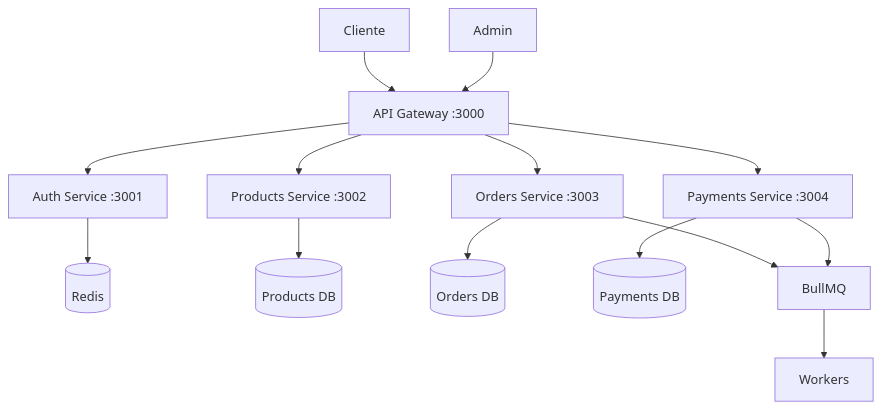
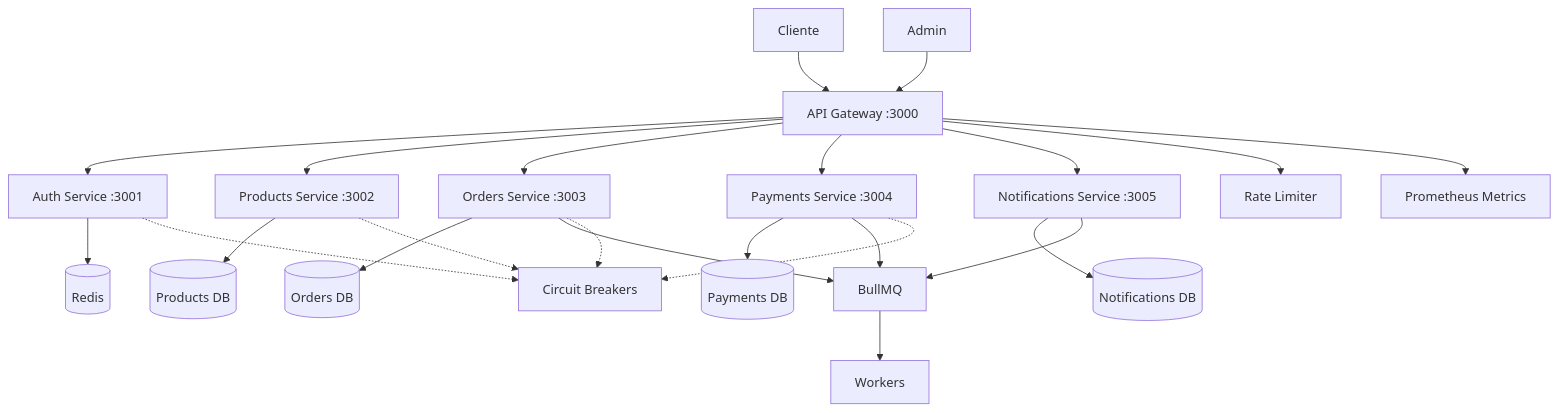
One commit to floxcristian/ecommerce-guidelines changed the first of 2 diagrams in docs/backend/README.md. Above: the diagram before and after it, drawn with Mermaid. The commit also changed other lines of this file and 9 other files, not shown here.

Commit message:
feat(docker): Revamp local development setup with comprehensive Docker Compose configuration, including Traefik for SSL, observability tools, and enhanced service architecture

````diff
--- a/docs/backend/README.md
+++ b/docs/backend/README.md
@@ -36,19 +36,30 @@
 ```mermaid
 graph TB
     CLIENT[Cliente] --> GATEWAY[API Gateway :3000]
     ADMIN[Admin] --> GATEWAY
 
     GATEWAY --> AUTH[Auth Service :3001]
     GATEWAY --> PRODUCTS[Products Service :3002]
     GATEWAY --> ORDERS[Orders Service :3003]
     GATEWAY --> PAYMENTS[Payments Service :3004]
+    GATEWAY --> NOTIFICATIONS[Notifications Service :3005]
 
     AUTH --> REDIS[(Redis)]
     PRODUCTS --> PRODUCTS_DB[(Products DB)]
     ORDERS --> ORDERS_DB[(Orders DB)]
     PAYMENTS --> PAYMENTS_DB[(Payments DB)]
+    NOTIFICATIONS --> NOTIFICATIONS_DB[(Notifications DB)]
 
     ORDERS --> QUEUE[BullMQ]
     PAYMENTS --> QUEUE
+    NOTIFICATIONS --> QUEUE
     QUEUE --> WORKERS[Workers]
+
+    AUTH -.-> CIRCUIT_BREAKER[Circuit Breakers]
+    PRODUCTS -.-> CIRCUIT_BREAKER
+    ORDERS -.-> CIRCUIT_BREAKER
+    PAYMENTS -.-> CIRCUIT_BREAKER
+
+    GATEWAY --> RATE_LIMITER[Rate Limiter]
+    GATEWAY --> METRICS[Prometheus Metrics]
 ```
````
